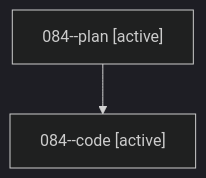
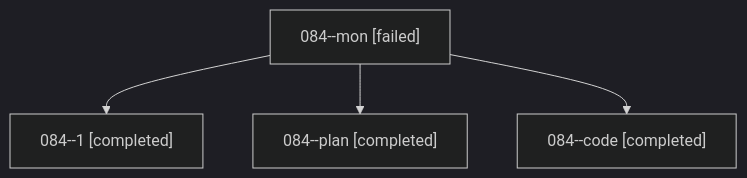
One commit to sase-org/sase--agents changed the diagram in families/bbugyi200.athena.084.md. Above: the diagram before and after it, drawn with Mermaid (dark theme). The commit also changed other lines of this file and 99 other files, not shown here.

````diff
--- a/families/bbugyi200.athena.084.md
+++ b/families/bbugyi200.athena.084.md
@@ -9,6 +9,10 @@
 ```mermaid
 flowchart TD
-  n0["084--plan [active]"]
-  n1["084--code [active]"]
+  n0["084--mon [failed]"]
+  n1["084--1 [completed]"]
   n0 --> n1
+  n2["084--plan [completed]"]
+  n0 --> n2
+  n3["084--code [completed]"]
+  n0 --> n3
 ```
````
